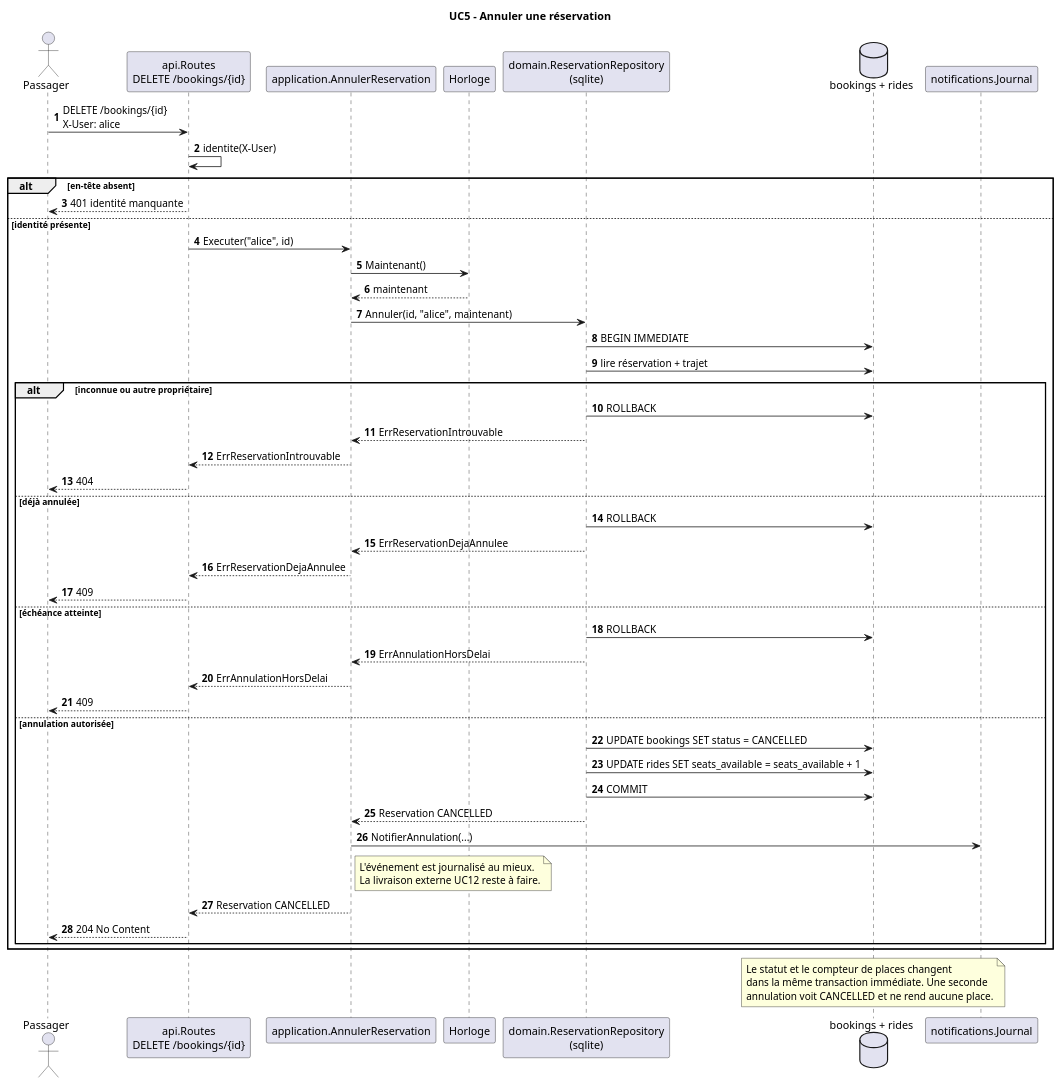
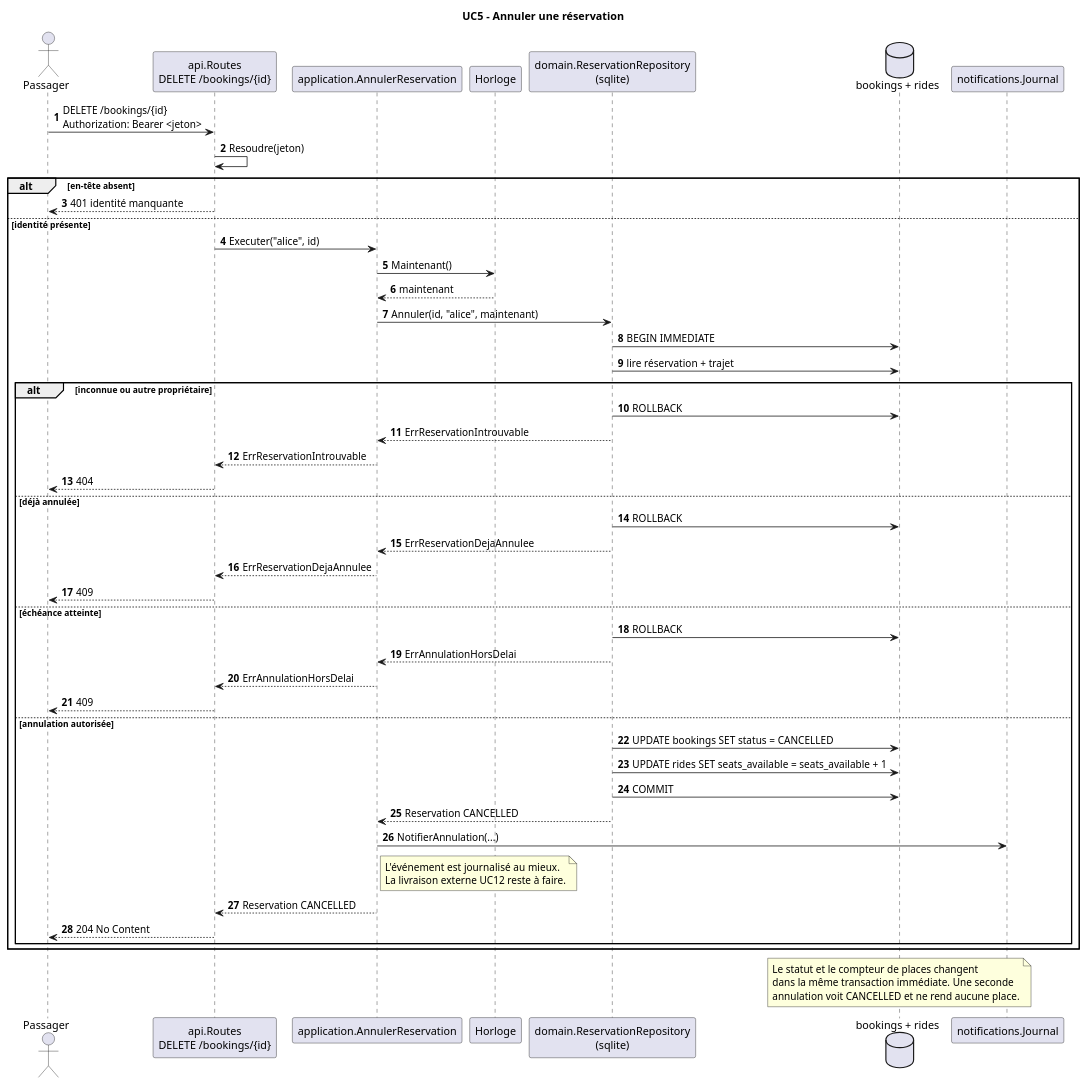
Before and after one commit to alaa-ilehi/Wasalni: the diagram in docs/uml/uc5-sequence.puml, drawn with PlantUML. The commit also changed 45 other files, not shown here.

```diff
--- a/docs/uml/uc5-sequence.puml
+++ b/docs/uml/uc5-sequence.puml
@@ -1,59 +1,59 @@
 @startuml uc5-sequence
 title UC5 - Annuler une réservation
 autonumber
 
 actor "Passager" as Passager
 participant "api.Routes\nDELETE /bookings/{id}" as API
 participant "application.AnnulerReservation" as UC
 participant "Horloge" as Horloge
 participant "domain.ReservationRepository\n(sqlite)" as Reservations
 database "bookings + rides" as DB
 participant "notifications.Journal" as Notif
 
-Passager -> API : DELETE /bookings/{id}\nX-User: alice
-API -> API : identite(X-User)
+Passager -> API : DELETE /bookings/{id}\nAuthorization: Bearer <jeton>
+API -> API : Resoudre(jeton)
 alt en-tête absent
   API --> Passager : 401 identité manquante
 else identité présente
   API -> UC : Executer("alice", id)
   UC -> Horloge : Maintenant()
   Horloge --> UC : maintenant
   UC -> Reservations : Annuler(id, "alice", maintenant)
   Reservations -> DB : BEGIN IMMEDIATE
   Reservations -> DB : lire réservation + trajet
   alt inconnue ou autre propriétaire
     Reservations -> DB : ROLLBACK
     Reservations --> UC : ErrReservationIntrouvable
     UC --> API : ErrReservationIntrouvable
     API --> Passager : 404
   else déjà annulée
     Reservations -> DB : ROLLBACK
     Reservations --> UC : ErrReservationDejaAnnulee
     UC --> API : ErrReservationDejaAnnulee
     API --> Passager : 409
   else échéance atteinte
     Reservations -> DB : ROLLBACK
     Reservations --> UC : ErrAnnulationHorsDelai
     UC --> API : ErrAnnulationHorsDelai
     API --> Passager : 409
   else annulation autorisée
     Reservations -> DB : UPDATE bookings SET status = CANCELLED
     Reservations -> DB : UPDATE rides SET seats_available = seats_available + 1
     Reservations -> DB : COMMIT
     Reservations --> UC : Reservation CANCELLED
     UC -> Notif : NotifierAnnulation(...)
     note right of UC
       L'événement est journalisé au mieux.
       La livraison externe UC12 reste à faire.
     end note
     UC --> API : Reservation CANCELLED
     API --> Passager : 204 No Content
   end
 end
 
 note over DB
   Le statut et le compteur de places changent
   dans la même transaction immédiate. Une seconde
   annulation voit CANCELLED et ne rend aucune place.
 end note
 @enduml
```
